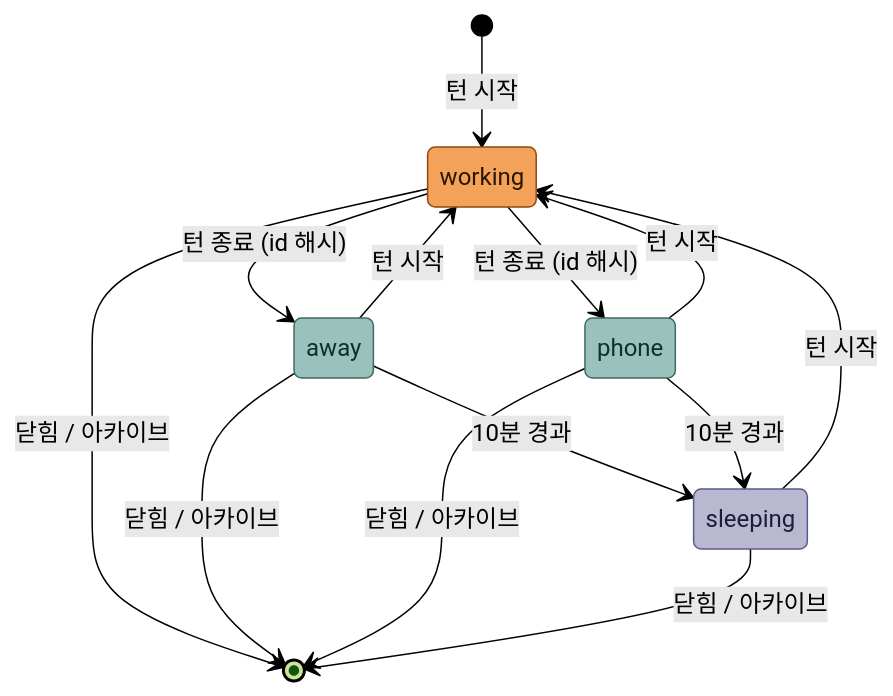
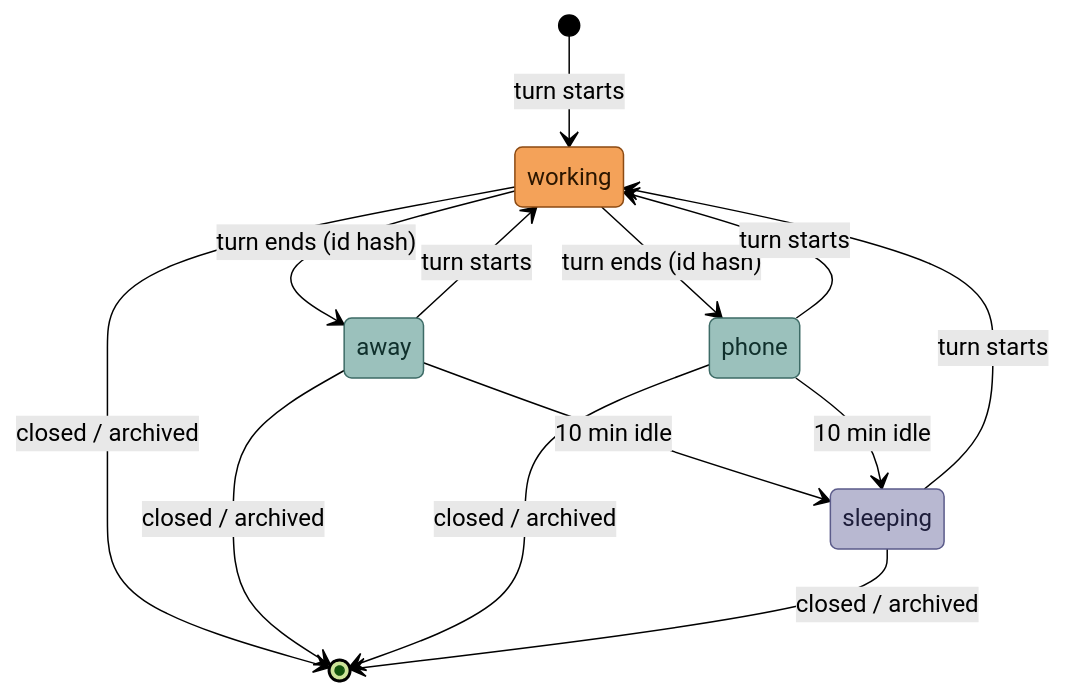
Before and after one commit to gyuha/agent-office: the diagram in README.md, drawn with Mermaid (forest theme). The commit also changed other lines of this file, not shown here.

````diff
--- a/README.md
+++ b/README.md
@@ -31,22 +31,22 @@
 ```mermaid
 stateDiagram-v2
-    [*] --> working: 턴 시작
-    working --> away: 턴 종료 (id 해시)
-    working --> phone: 턴 종료 (id 해시)
-    away --> sleeping: 10분 경과
-    phone --> sleeping: 10분 경과
-    away --> working: 턴 시작
-    phone --> working: 턴 시작
-    sleeping --> working: 턴 시작
-    working --> [*]: 닫힘 / 아카이브
-    away --> [*]: 닫힘 / 아카이브
-    phone --> [*]: 닫힘 / 아카이브
-    sleeping --> [*]: 닫힘 / 아카이브
+    [*] --> working: turn starts
+    working --> away: turn ends (id hash)
+    working --> phone: turn ends (id hash)
+    away --> sleeping: 10 min idle
+    phone --> sleeping: 10 min idle
+    away --> working: turn starts
+    phone --> working: turn starts
+    sleeping --> working: turn starts
+    working --> [*]: closed / archived
+    away --> [*]: closed / archived
+    phone --> [*]: closed / archived
+    sleeping --> [*]: closed / archived
 
     classDef busy fill:#f4a259,stroke:#8c4a12,color:#2b1600
     classDef rest fill:#9bc1bc,stroke:#3d6b66,color:#10302c
     classDef sleep fill:#b8b8d1,stroke:#5b5b8a,color:#1d1d3a
     class working busy
     class away,phone rest
     class sleeping sleep
 ```
````
